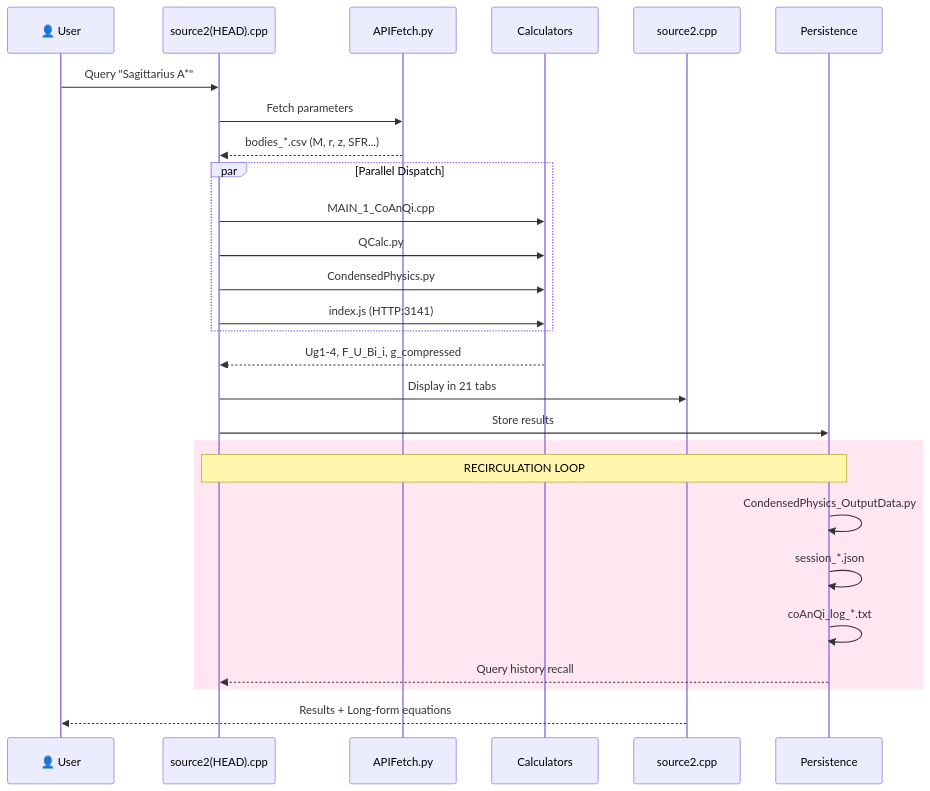
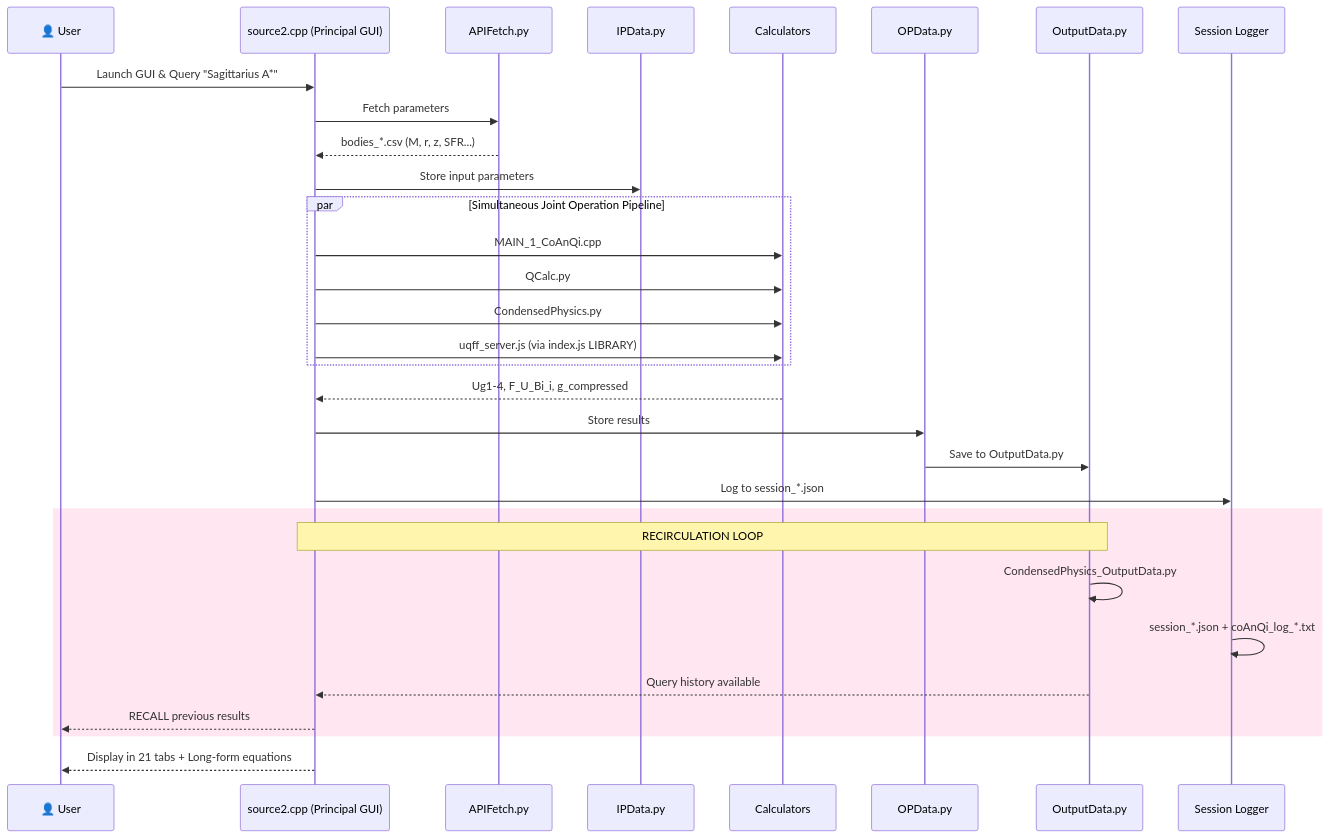
Before and after one commit to Daniel8Murphy0007/Star-Magic: the second of 4 diagrams in WORKFLOW_DIAGRAM.md, drawn with Mermaid. The commit also changed other lines of this file and 13 other files, not shown here.

First line of the commit message:
ARCHITECTURE v4.0 CANONICAL - source2.cpp=PRINCIPAL GUI, VR/VM=Backend, index.js=LIBRARY

````diff
--- a/WORKFLOW_DIAGRAM.md
+++ b/WORKFLOW_DIAGRAM.md
@@ -154,34 +173,38 @@
 ```mermaid
 sequenceDiagram
     participant U as 👤 User
-    participant HEAD as source2(HEAD).cpp
+    participant GUI as source2.cpp (Principal GUI)
     participant API as APIFetch.py
+    participant IP as IPData.py
     participant CALC as Calculators
-    participant GUI as source2.cpp
-    participant PERSIST as Persistence
+    participant OP as OPData.py
+    participant OUT as OutputData.py
+    participant SESS as Session Logger
 
-    U->>HEAD: Query "Sagittarius A*"
-    HEAD->>API: Fetch parameters
-    API-->>HEAD: bodies_*.csv (M, r, z, SFR...)
+    U->>GUI: Launch GUI & Query "Sagittarius A*"
+    GUI->>API: Fetch parameters
+    API-->>GUI: bodies_*.csv (M, r, z, SFR...)
+    GUI->>IP: Store input parameters
     
-    par Parallel Dispatch
-        HEAD->>CALC: MAIN_1_CoAnQi.cpp
-        HEAD->>CALC: QCalc.py
-        HEAD->>CALC: CondensedPhysics.py
-        HEAD->>CALC: index.js (HTTP:3141)
+    par Simultaneous Joint Operation Pipeline
+        GUI->>CALC: MAIN_1_CoAnQi.cpp
+        GUI->>CALC: QCalc.py
+        GUI->>CALC: CondensedPhysics.py
+        GUI->>CALC: uqff_server.js (via index.js LIBRARY)
     end
     
-    CALC-->>HEAD: Ug1-4, F_U_Bi_i, g_compressed
-    HEAD->>GUI: Display in 21 tabs
-    HEAD->>PERSIST: Store results
+    CALC-->>GUI: Ug1-4, F_U_Bi_i, g_compressed
+    GUI->>OP: Store results
+    OP->>OUT: Save to OutputData.py
+    GUI->>SESS: Log to session_*.json
     
     rect rgb(255, 230, 240)
-        Note over PERSIST,HEAD: RECIRCULATION LOOP
-        PERSIST->>PERSIST: CondensedPhysics_OutputData.py
-        PERSIST->>PERSIST: session_*.json
-        PERSIST->>PERSIST: coAnQi_log_*.txt
-        PERSIST-->>HEAD: Query history recall
+        Note over OUT,GUI: RECIRCULATION LOOP
+        OUT->>OUT: CondensedPhysics_OutputData.py
+        SESS->>SESS: session_*.json + coAnQi_log_*.txt
+        OUT-->>GUI: Query history available
+        GUI-->>U: RECALL previous results
     end
     
-    GUI-->>U: Results + Long-form equations
+    GUI-->>U: Display in 21 tabs + Long-form equations
 ```
````
